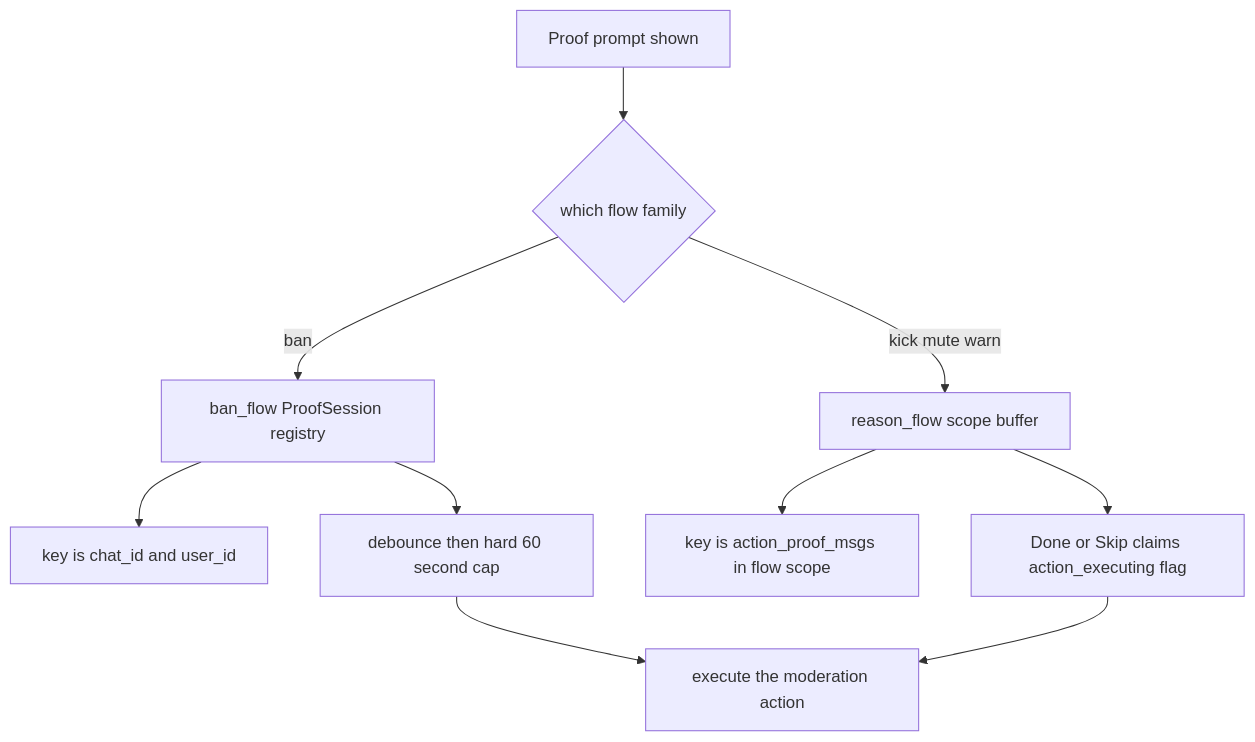
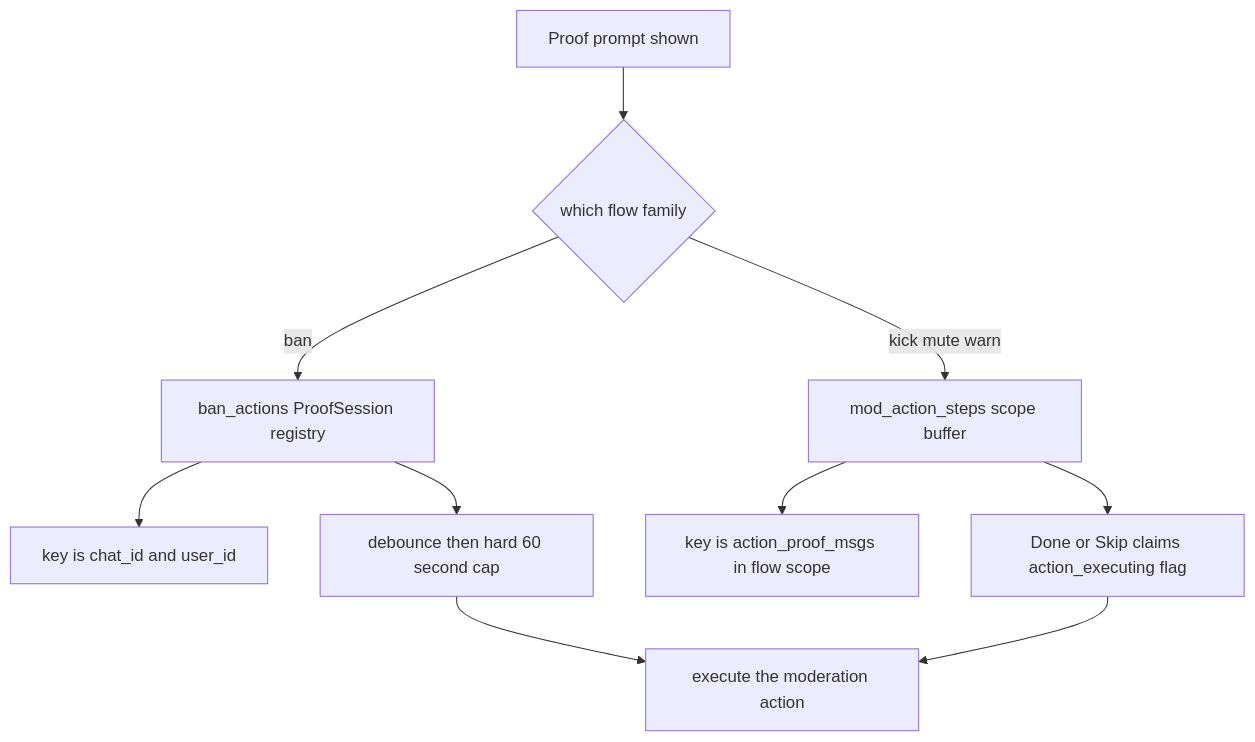
One commit to D1ZZY4/tcbot changed the first of 4 diagrams in docs/flows/proof.md. Above: the diagram before and after it, drawn with Mermaid. The commit also changed other lines of this file and 21 other files, not shown here.

````diff
--- a/docs/flows/proof.md
+++ b/docs/flows/proof.md
@@ -40,12 +40,12 @@
 ```mermaid
 flowchart TD
     START[Proof prompt shown] --> KIND{which flow family}
-    KIND -->|ban| SESS[ban_flow ProofSession registry]
-    KIND -->|kick mute warn| SCOPE[reason_flow scope buffer]
+    KIND -->|ban| SESS[ban_actions ProofSession registry]
+    KIND -->|kick mute warn| SCOPE[mod_action_steps scope buffer]
     SESS --> KEY[key is chat_id and user_id]
     SCOPE --> BUF[key is action_proof_msgs in flow scope]
     SESS --> DEB[debounce then hard 60 second cap]
     SCOPE --> DONE[Done or Skip claims action_executing flag]
     DEB --> EXEC[execute the moderation action]
     DONE --> EXEC
 ```
````
